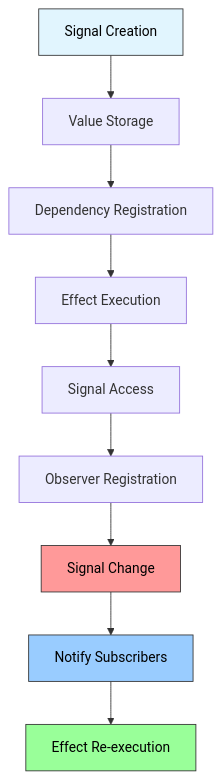
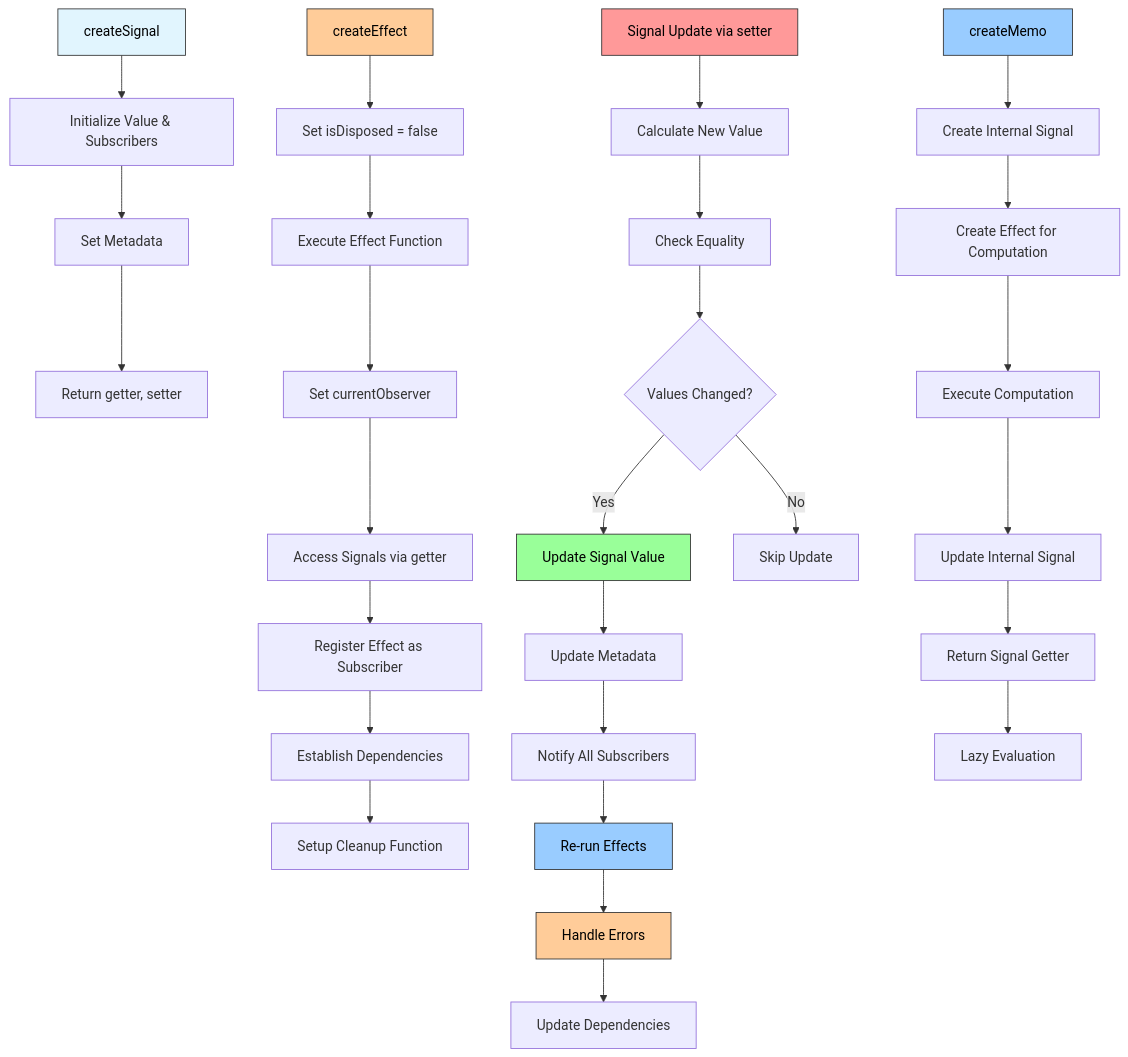
One commit to sujeet-pro/reactivity changed the first of 19 diagrams in library/signals/README.md. Above: the diagram before and after it, drawn with Mermaid. The commit also changed other lines of this file and 2 other files, not shown here.

````diff
--- a/library/signals/README.md
+++ b/library/signals/README.md
@@ -34,16 +34,40 @@
 ```mermaid
 graph TD
-    A[Signal Creation] --> B[Value Storage]
-    B --> C[Dependency Registration]
-    C --> D[Effect Execution]
-    D --> E[Signal Access]
-    E --> F[Observer Registration]
-    F --> G[Signal Change]
-    G --> H[Notify Subscribers]
-    H --> I[Effect Re-execution]
+    A[createSignal] --> B[Initialize Value & Subscribers]
+    B --> C[Set Metadata]
+    C --> D[Return getter, setter]
+    
+    E[createEffect] --> F[Set isDisposed = false]
+    F --> G[Execute Effect Function]
+    G --> H[Set currentObserver]
+    H --> I[Access Signals via getter]
+    I --> J[Register Effect as Subscriber]
+    J --> K[Establish Dependencies]
+    K --> L[Setup Cleanup Function]
+    
+    M[Signal Update via setter] --> N[Calculate New Value]
+    N --> O[Check Equality]
+    O --> P{Values Changed?}
+    P -->|Yes| Q[Update Signal Value]
+    P -->|No| R[Skip Update]
+    Q --> S[Update Metadata]
+    S --> T[Notify All Subscribers]
+    T --> U[Re-run Effects]
+    U --> V[Handle Errors]
+    V --> W[Update Dependencies]
+    
+    X[createMemo] --> Y[Create Internal Signal]
+    Y --> Z[Create Effect for Computation]
+    Z --> AA[Execute Computation]
+    AA --> BB[Update Internal Signal]
+    BB --> CC[Return Signal Getter]
+    CC --> DD[Lazy Evaluation]
     
     style A fill:#e1f5fe,stroke:#333,color:#000
-    style G fill:#ff9999,stroke:#333,color:#000
-    style H fill:#99ccff,stroke:#333,color:#000
-    style I fill:#99ff99,stroke:#333,color:#000
+    style E fill:#ffcc99,stroke:#333,color:#000
+    style M fill:#ff9999,stroke:#333,color:#000
+    style X fill:#99ccff,stroke:#333,color:#000
+    style Q fill:#99ff99,stroke:#333,color:#000
+    style U fill:#99ccff,stroke:#333,color:#000
+    style V fill:#ffcc99,stroke:#333,color:#000
 ```
````
